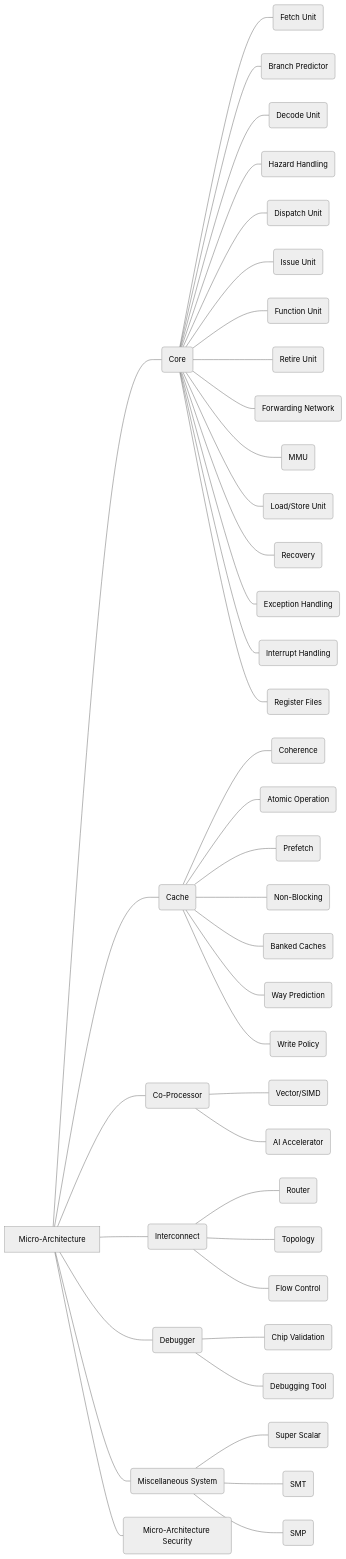
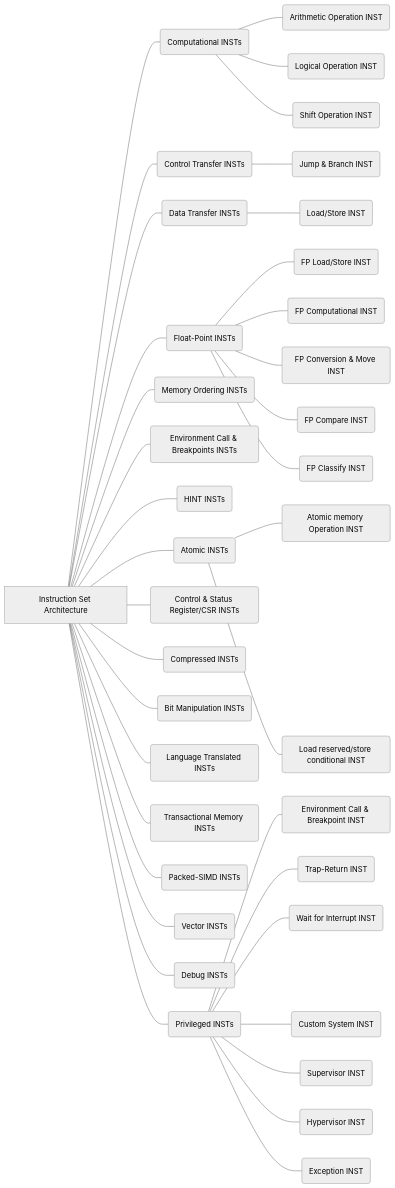
One commit to RIOS-Laboratory/RIOS-Patent-Classification changed the diagram in Classification/R02Instruction Set Architecture.md. Above: the diagram before and after it, drawn with Mermaid (neutral theme).

Commit message:
Update R02Instruction Set Architecture.md

````diff
--- a/Classification/R02Instruction Set Architecture.md
+++ b/Classification/R02Instruction Set Architecture.md
@@ -1,42 +1,39 @@
 ```mermaid
 graph LR
-A[Micro-Architecture]---B(Core)
-B---B1(Fetch Unit)
-B---B2(Branch Predictor)
-B---B3(Decode Unit)
-B---B4(Hazard Handling)
-B---B5(Dispatch Unit)
-B---B6(Issue Unit)
-B---B7(Function Unit)
-B---B8(Retire Unit)
-B---B9(Forwarding Network)
-B---B10(MMU)
-B---B11(Load/Store Unit)
-B---B12(Recovery)
-B---B13(Exception Handling)
-B---B14(Interrupt Handling)
-B---B15(Register Files)
-A---C(Cache)
-C---C1(Coherence)
-C---C2(Atomic Operation)
-C---C3(Prefetch)
-C---C4(Non-Blocking)
-C---C5(Banked Caches)
-C---C6(Way Prediction)
-C---C7(Write Policy)
-A---D(Co-Processor)
-D---D1(Vector/SIMD)
-D---D2(AI Accelerator)
-A---E(Interconnect)
-E---E1(Router)
-E---E2(Topology)
-E---E3(Flow Control)
-A---F(Debugger)
-F---F1(Chip Validation)
-F---F2(Debugging Tool)
-A---G(Miscellaneous System)
-G---G1(Super Scalar)
-G---G2(SMT)
-G---G3(SMP)
-A---H(Micro-Architecture Security)
+A0[Instruction Set Architecture]---A(Computational INSTs)
+A---A1(Arithmetic Operation INST)
+A---A2(Logical Operation INST)
+A---A3(Shift Operation INST)
+A0---B(Control Transfer INSTs)
+B---B1(Jump & Branch INST)
+A0---C(Data Transfer INSTs)
+C---C1(Load/Store INST)
+A0---D(Float-Point INSTs)
+D---D1(FP Load/Store INST)
+D---D2(FP Computational INST)
+D---D3(FP Conversion & Move INST)
+D---D4(FP Compare INST)
+D---D5(FP Classify INST)
+A0---E(Memory Ordering INSTs)
+A0---F(Environment Call & Breakpoints INSTs)
+A0---G(HINT INSTs)
+A0---H(Atomic INSTs)
+H---H1(Atomic memory Operation INST)
+H---H2(Load reserved/store conditional INST)
+A0---I(Control & Status Register/CSR INSTs)
+A0---J(Compressed INSTs)
+A0---K(Bit Manipulation INSTs)
+A0---L(Language Translated INSTs)
+A0---M(Transactional Memory INSTs)
+A0---N(Packed-SIMD INSTs)
+A0---O(Vector INSTs)
+A0---P(Debug INSTs)
+A0---Q(Privileged INSTs)
+Q---Q1(Environment Call & Breakpoint INST)
+Q---Q2(Trap-Return INST)
+Q---Q3(Wait for Interrupt INST)
+Q---Q4(Custom System INST)
+Q---Q5(Supervisor INST)
+Q---Q6(Hypervisor INST)
+Q---Q7(Exception INST)
 ```
````
